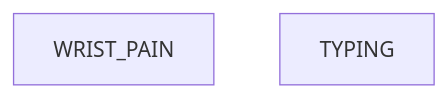
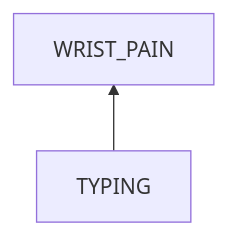
One commit to SuxinL/Notes changed the first of 2 diagrams in productivity/typing/comfort/arm_pain.md. Above: the diagram before and after it, drawn with Mermaid. The commit also changed other lines of this file, not shown here.

Commit message:
productivity/typing/comfort/arm_pain.md updated from https://stackedit.io/

````diff
--- a/productivity/typing/comfort/arm_pain.md
+++ b/productivity/typing/comfort/arm_pain.md
@@ -47,5 +52,4 @@
 ```mermaid
 flowchart BT
-	WRIST_PAIN 
-	TYPING
+	TYPING --> WRIST_PAIN
 ```
````
